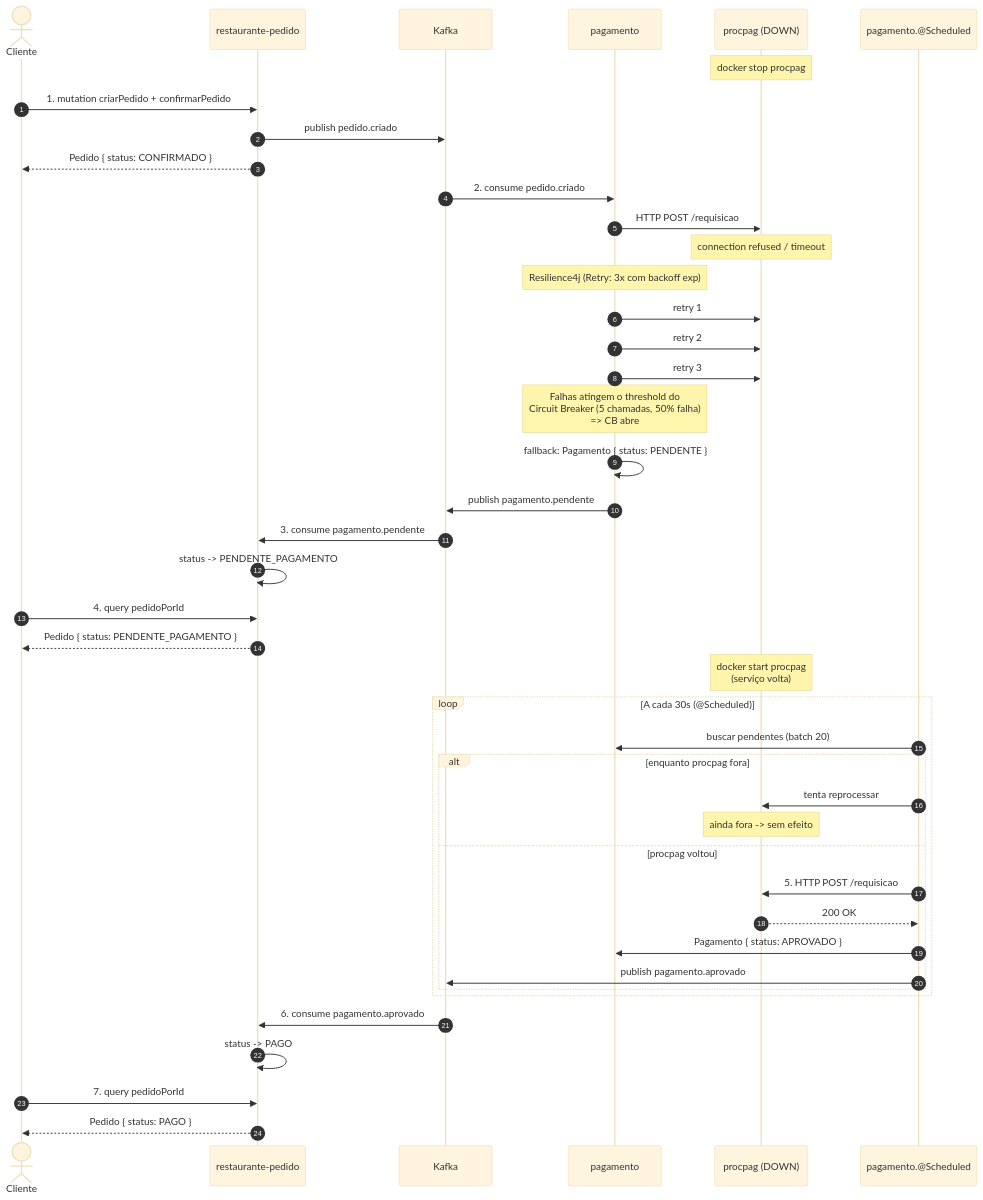
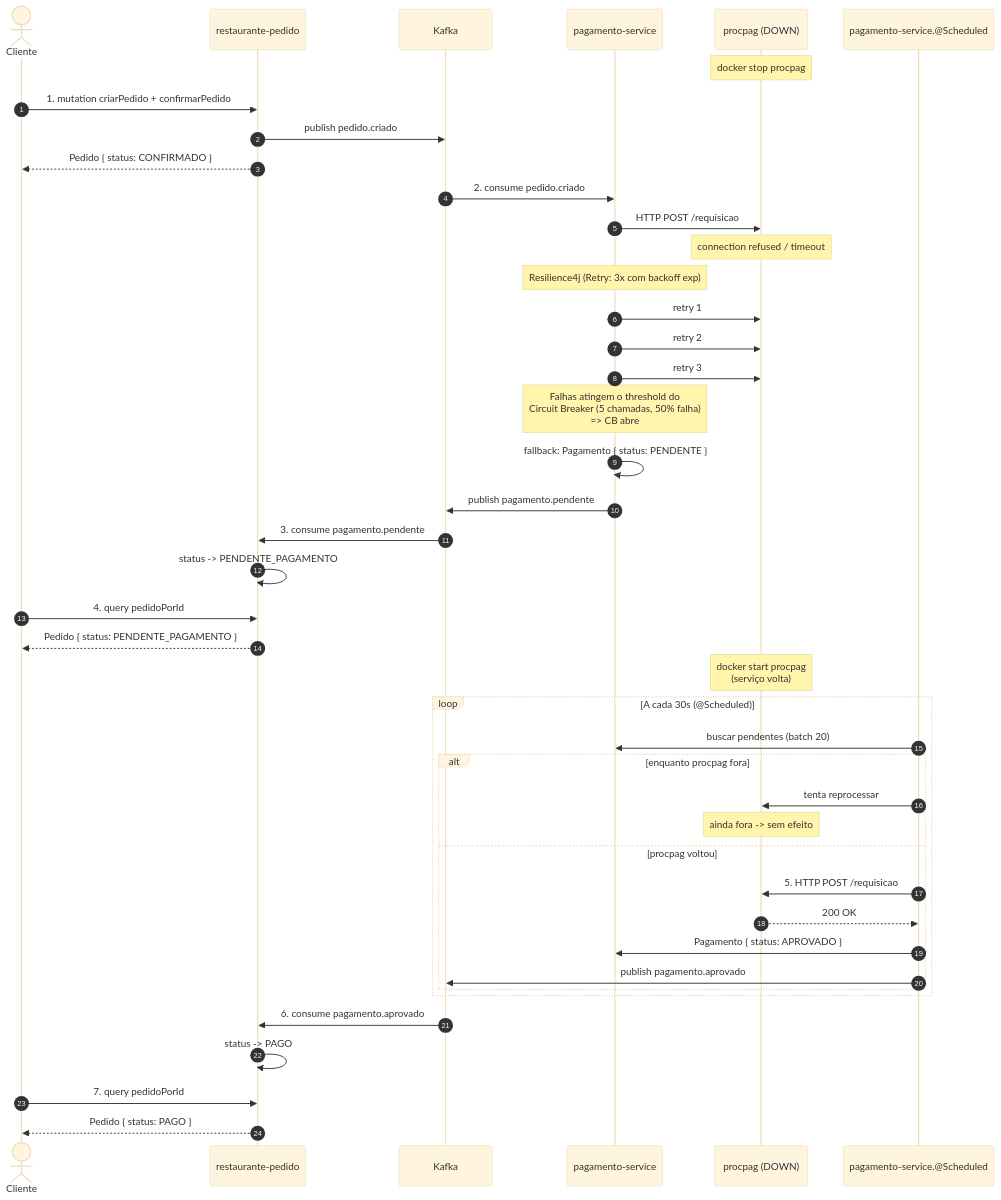
Before and after one commit to lh-borges/fiap-restaurante-fase3: the diagram in docs/diagramas/sequencia-resiliencia.md, drawn with Mermaid (base theme). The commit also changed 7 other files, not shown here.

First line of the commit message:
docs(diagramas): renderizar 4 diagramas Mermaid em PNG

````diff
--- a/docs/diagramas/sequencia-resiliencia.md
+++ b/docs/diagramas/sequencia-resiliencia.md
@@ -7,56 +7,56 @@
 ```mermaid
 sequenceDiagram
     autonumber
     actor Cliente
     participant Pedido as restaurante-pedido
     participant Kafka as Kafka
-    participant Pagamento as pagamento
+    participant Pagamento as pagamento-service
     participant Procpag as procpag (DOWN)
-    participant Worker as pagamento.@Scheduled
+    participant Worker as pagamento-service.@Scheduled
 
     Note over Procpag: docker stop procpag
 
     Cliente->>Pedido: 1. mutation criarPedido + confirmarPedido
     Pedido->>Kafka: publish pedido.criado
     Pedido-->>Cliente: Pedido { status: CONFIRMADO }
 
     Kafka->>Pagamento: 2. consume pedido.criado
     Pagamento->>Procpag: HTTP POST /requisicao
     Note over Procpag: connection refused / timeout
 
     Note over Pagamento: Resilience4j (Retry: 3x com backoff exp)
     Pagamento->>Procpag: retry 1
     Pagamento->>Procpag: retry 2
     Pagamento->>Procpag: retry 3
     Note over Pagamento: Falhas atingem o threshold do<br/>Circuit Breaker (5 chamadas, 50% falha)<br/>=> CB abre
 
     Pagamento->>Pagamento: fallback: Pagamento { status: PENDENTE }
     Pagamento->>Kafka: publish pagamento.pendente
 
     Kafka->>Pedido: 3. consume pagamento.pendente
     Pedido->>Pedido: status -> PENDENTE_PAGAMENTO
 
     Cliente->>Pedido: 4. query pedidoPorId
     Pedido-->>Cliente: Pedido { status: PENDENTE_PAGAMENTO }
 
     Note over Procpag: docker start procpag<br/>(serviço volta)
 
     loop A cada 30s (@Scheduled)
         Worker->>Pagamento: buscar pendentes (batch 20)
         alt enquanto procpag fora
             Worker->>Procpag: tenta reprocessar
             Note over Procpag: ainda fora -> sem efeito
         else procpag voltou
             Worker->>Procpag: 5. HTTP POST /requisicao
             Procpag-->>Worker: 200 OK
             Worker->>Pagamento: Pagamento { status: APROVADO }
             Worker->>Kafka: publish pagamento.aprovado
         end
     end
 
     Kafka->>Pedido: 6. consume pagamento.aprovado
     Pedido->>Pedido: status -> PAGO
 
     Cliente->>Pedido: 7. query pedidoPorId
     Pedido-->>Cliente: Pedido { status: PAGO }
 ```
````
